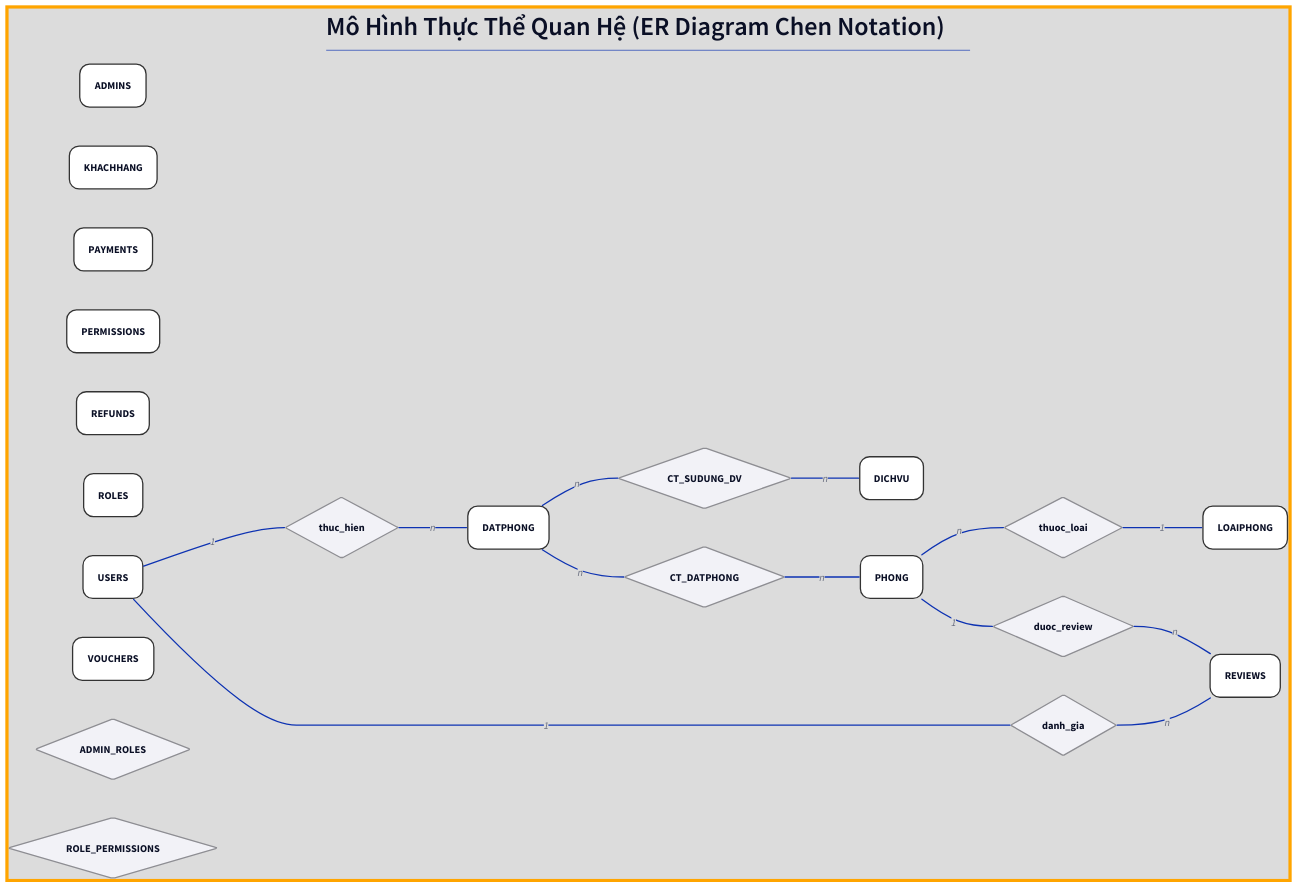
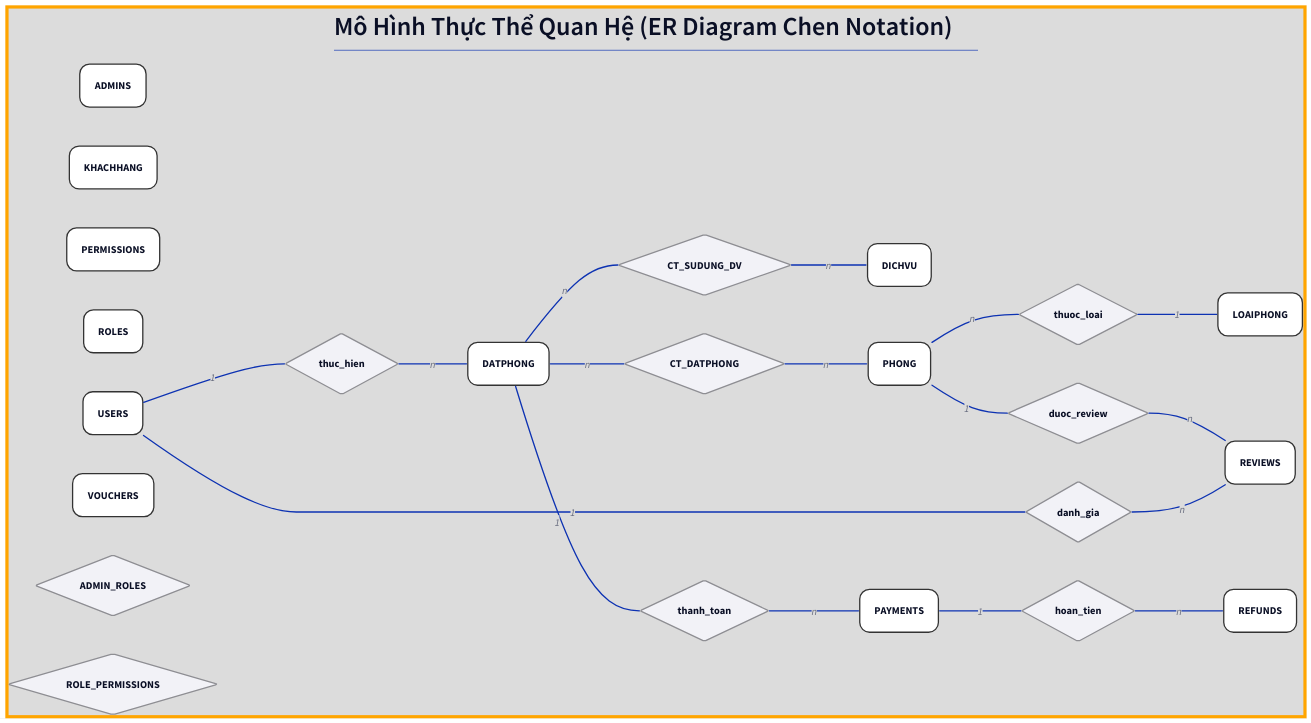
One commit to sam-uit/ie103-project-report changed the diagram in report/content/diagrams/er.d2. Above: the diagram before and after it, drawn with D2.

```diff
--- a/report/content/diagrams/er.d2
+++ b/report/content/diagrams/er.d2
@@ -92,6 +92,8 @@
 thuoc_loai: {class: rel}
 duoc_review: {class: rel}
 danh_gia: {class: rel}
+thanh_toan: {class: rel}
+hoan_tien: {class: rel}
 
 USERS -- thuc_hien: 1
 thuc_hien -- DATPHONG: n
@@ -113,6 +115,12 @@
 
 DATPHONG -- CT_SUDUNG_DV: n
 CT_SUDUNG_DV -- DICHVU: n
+
+DATPHONG -- thanh_toan: 1
+thanh_toan -- PAYMENTS: n
+
+PAYMENTS -- hoan_tien: 1
+hoan_tien -- REFUNDS: n
 
 # === AUTH SYSTEM ===
 # admins: {class: entity}
```
